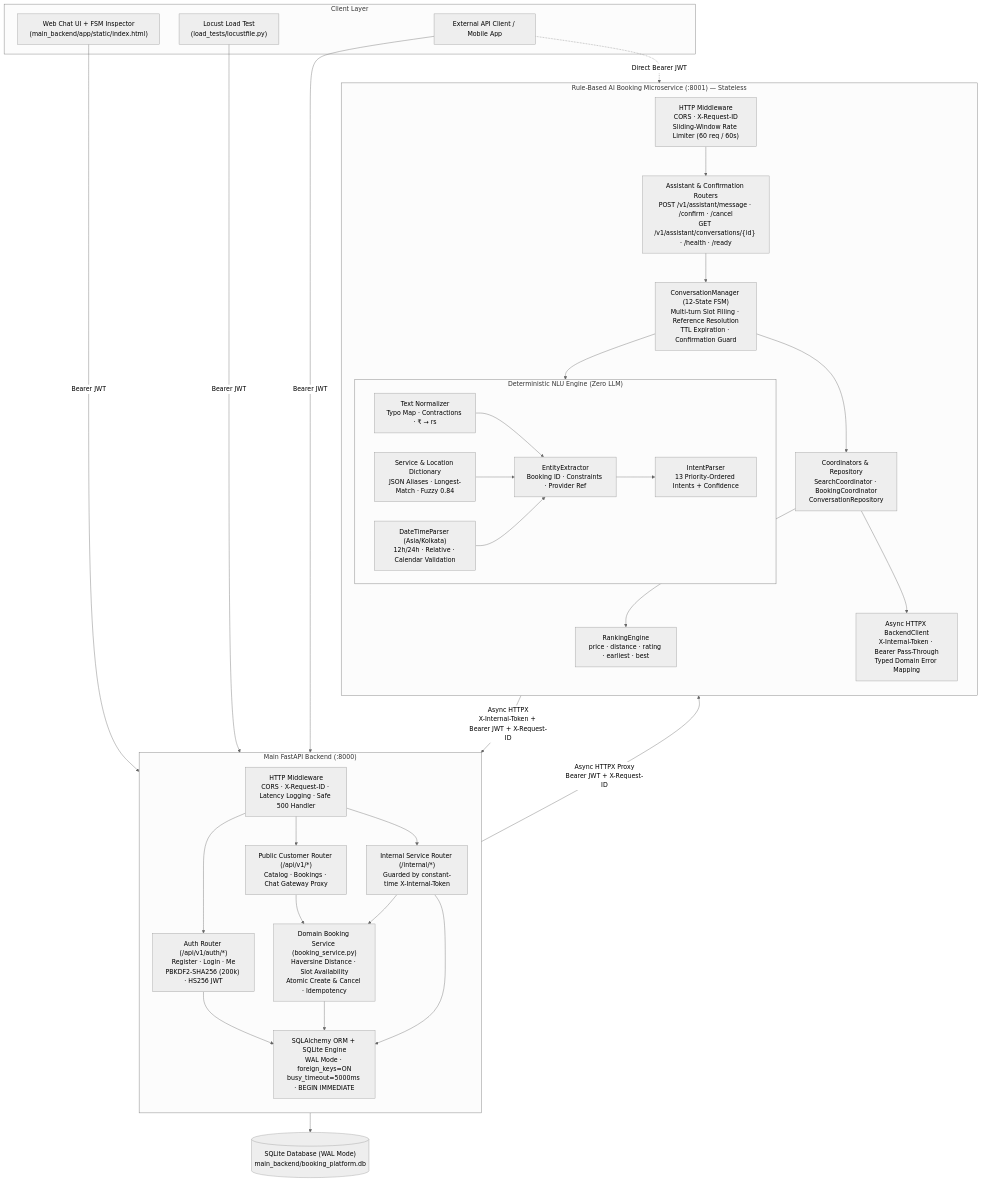
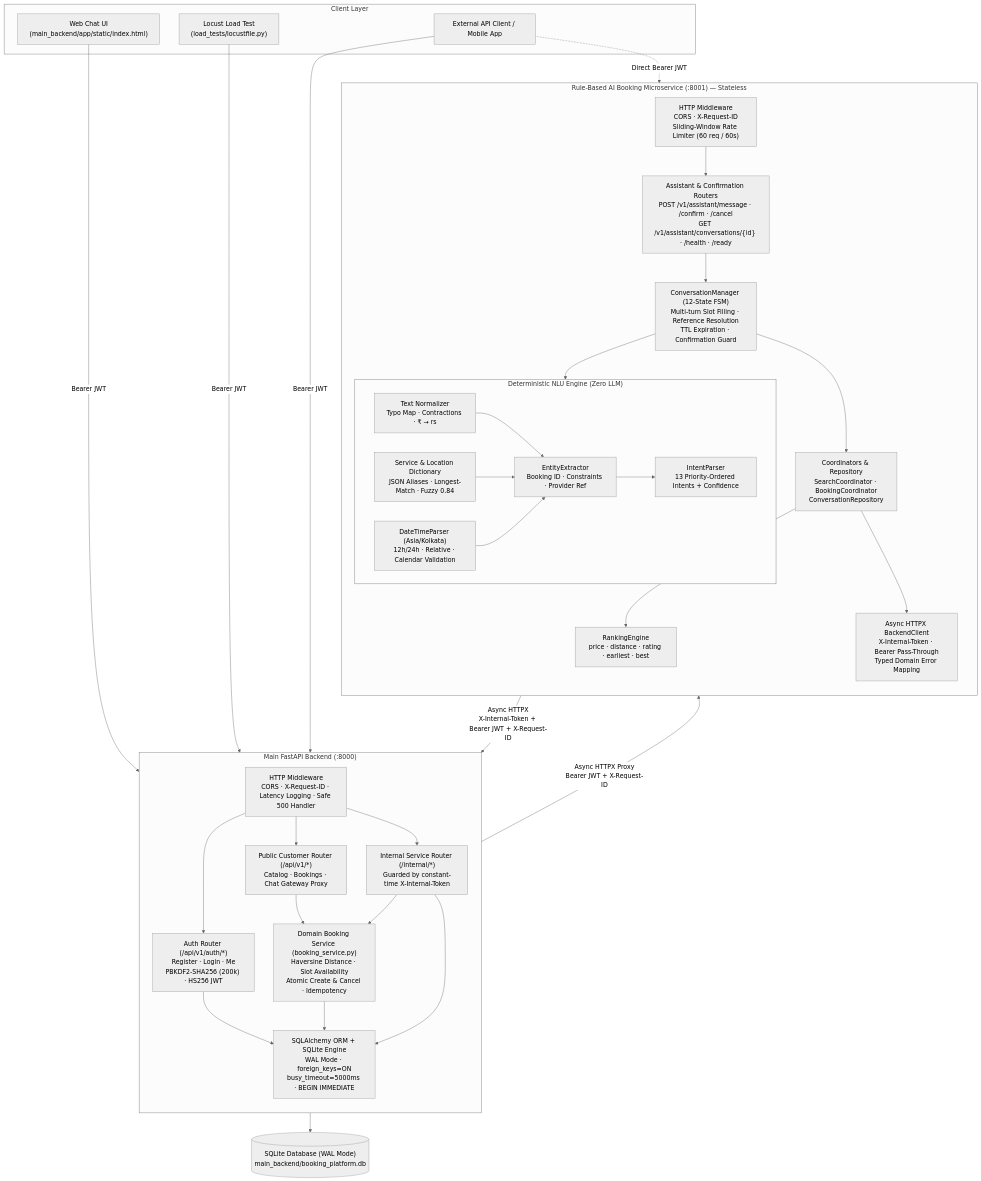
Before and after one commit to zalmxn/agentic: the first of 9 diagrams in README.md, drawn with Mermaid (neutral theme). The commit also changed other lines of this file and 1 other file, not shown here.

Commit message:
refactor: Simplify Web Chat UI by removing conversation state and intent display cards

````diff
--- a/README.md
+++ b/README.md
@@ -32,68 +32,68 @@
 ```mermaid
 flowchart TB
     subgraph Clients["Client Layer"]
-        WebUI["Web Chat UI + FSM Inspector<br/>(main_backend/app/static/index.html)"]
+        WebUI["Web Chat UI<br/>(main_backend/app/static/index.html)"]
         APIClient["External API Client / Mobile App"]
         Locust["Locust Load Test<br/>(load_tests/locustfile.py)"]
     end
 
     subgraph MainBackend["Main FastAPI Backend (:8000)"]
         direction TB
         MB_MW["HTTP Middleware<br/>CORS · X-Request-ID · Latency Logging · Safe 500 Handler"]
         MB_Auth["Auth Router (/api/v1/auth/*)<br/>Register · Login · Me<br/>PBKDF2-SHA256 (200k) · HS256 JWT"]
         MB_Pub["Public Customer Router (/api/v1/*)<br/>Catalog · Bookings · Chat Gateway Proxy"]
         MB_Int["Internal Service Router (/internal/*)<br/>Guarded by constant-time X-Internal-Token"]
         MB_Svc["Domain Booking Service (booking_service.py)<br/>Haversine Distance · Slot Availability<br/>Atomic Create & Cancel · Idempotency"]
         MB_DB["SQLAlchemy ORM + SQLite Engine<br/>WAL Mode · foreign_keys=ON<br/>busy_timeout=5000ms · BEGIN IMMEDIATE"]
 
         MB_MW --> MB_Auth
         MB_MW --> MB_Pub
         MB_MW --> MB_Int
         MB_Auth --> MB_DB
         MB_Pub --> MB_Svc
         MB_Int --> MB_Svc
         MB_Int --> MB_DB
         MB_Svc --> MB_DB
     end
 
     subgraph AIService["Rule-Based AI Booking Microservice (:8001) — Stateless"]
         direction TB
         AI_MW["HTTP Middleware<br/>CORS · X-Request-ID<br/>Sliding-Window Rate Limiter (60 req / 60s)"]
         AI_API["Assistant & Confirmation Routers<br/>POST /v1/assistant/message · /confirm · /cancel<br/>GET /v1/assistant/conversations/{id} · /health · /ready"]
         AI_FSM["ConversationManager (12-State FSM)<br/>Multi-turn Slot Filling · Reference Resolution<br/>TTL Expiration · Confirmation Guard"]
 
         subgraph NLU["Deterministic NLU Engine (Zero LLM)"]
             Norm["Text Normalizer<br/>Typo Map · Contractions · ₹ → rs"]
             Dict["Service & Location Dictionary<br/>JSON Aliases · Longest-Match · Fuzzy 0.84"]
             DTP["DateTimeParser (Asia/Kolkata)<br/>12h/24h · Relative · Calendar Validation"]
             Ext["EntityExtractor<br/>Booking ID · Constraints · Provider Ref"]
             IntP["IntentParser<br/>13 Priority-Ordered Intents + Confidence"]
             Norm --> Ext
             Dict --> Ext
             DTP --> Ext
             Ext --> IntP
         end
 
         AI_Rank["RankingEngine<br/>price · distance · rating · earliest · best"]
         AI_Coord["Coordinators & Repository<br/>SearchCoordinator · BookingCoordinator<br/>ConversationRepository"]
         AI_Client["Async HTTPX BackendClient<br/>X-Internal-Token · Bearer Pass-Through<br/>Typed Domain Error Mapping"]
 
         AI_MW --> AI_API
         AI_API --> AI_FSM
         AI_FSM --> NLU
         AI_FSM --> AI_Coord
         AI_Coord --> AI_Rank
         AI_Coord --> AI_Client
     end
 
     SQLite[("SQLite Database (WAL Mode)<br/>main_backend/booking_platform.db")]
 
     WebUI -->|"Bearer JWT"| MB_MW
     Locust -->|"Bearer JWT"| MB_MW
     APIClient -->|"Bearer JWT"| MB_MW
     APIClient -.->|"Direct Bearer JWT"| AI_MW
 
     MB_Pub -->|"Async HTTPX Proxy<br/>Bearer JWT + X-Request-ID"| AI_MW
     AI_Client -->|"Async HTTPX<br/>X-Internal-Token + Bearer JWT + X-Request-ID"| MB_Int
     MB_DB --> SQLite
 ```
````
